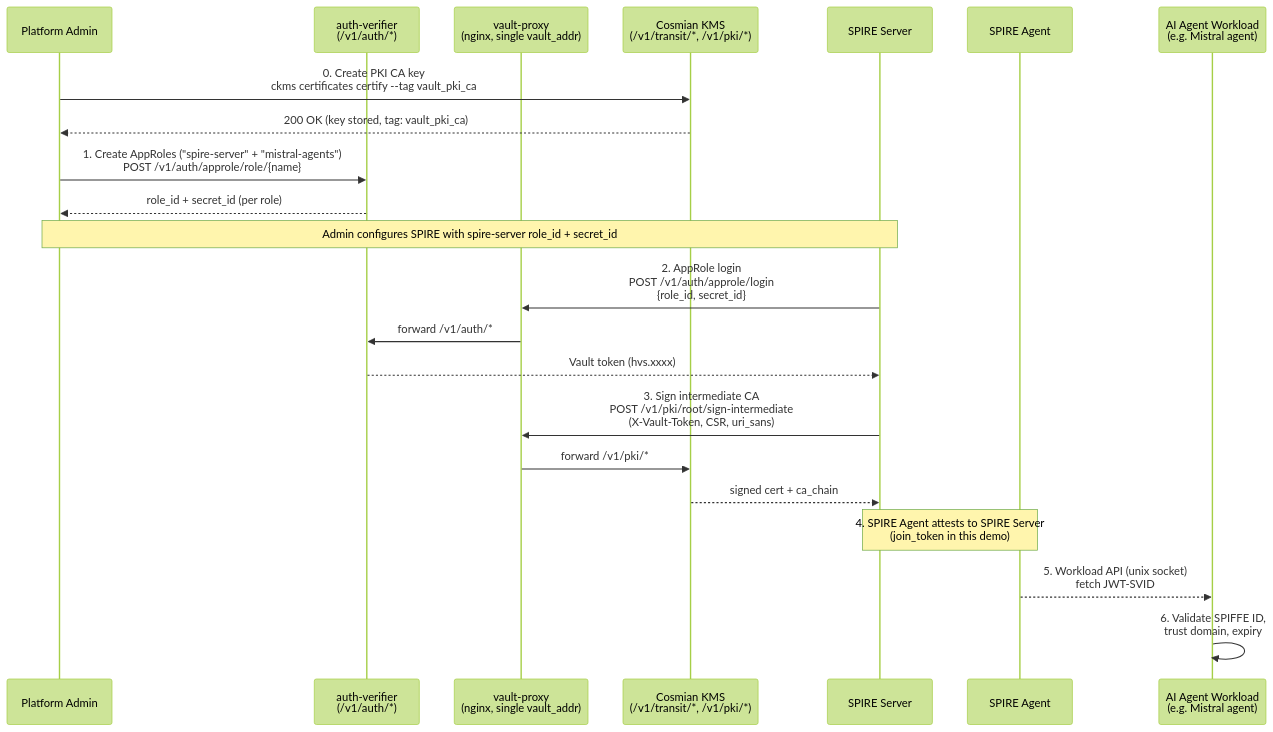
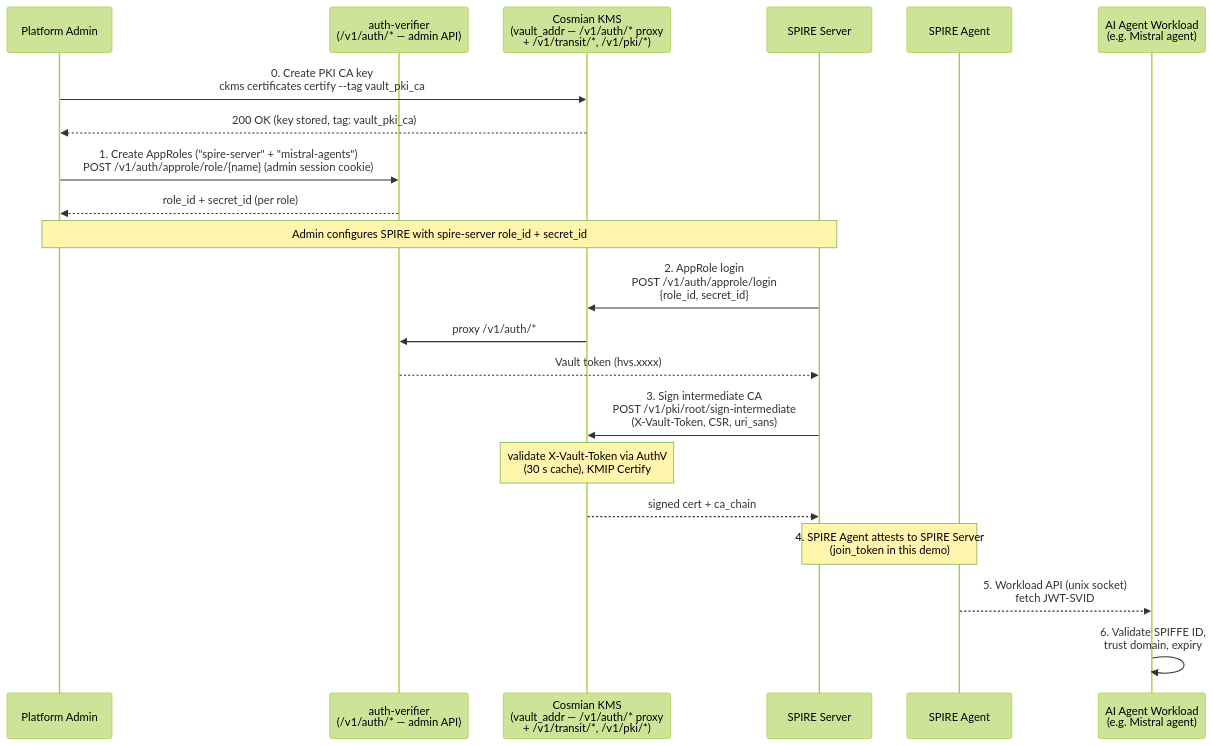
Before and after one commit to Cosmian/kms: the first of 7 diagrams in documentation/docs/integrations/spire_spiffe.md, drawn with Mermaid (forest theme). The commit also changed other lines of this file and 13 other files, not shown here.

First line of the commit message:
refactor: rename vault→spire modules, strip /v1 in auth proxy

````diff
--- a/documentation/docs/integrations/spire_spiffe.md
+++ b/documentation/docs/integrations/spire_spiffe.md
@@ -13,25 +14,24 @@
 ```mermaid
 sequenceDiagram
     participant Admin as Platform Admin
-    participant AuthV as auth-verifier<br/>(/v1/auth/*)
-    participant Proxy as vault-proxy<br/>(nginx, single vault_addr)
-    participant KMS as Cosmian KMS<br/>(/v1/transit/*, /v1/pki/*)
+    participant AuthV as auth-verifier<br/>(/v1/auth/* — admin API)
+    participant KMS as Cosmian KMS<br/>(vault_addr — /v1/auth/* proxy<br/>+ /v1/transit/*, /v1/pki/*)
     participant Server as SPIRE Server
     participant Agent as SPIRE Agent
     participant Mistral as AI Agent Workload<br/>(e.g. Mistral agent)
 
     Admin->>KMS: 0. Create PKI CA key<br/>ckms certificates certify --tag vault_pki_ca
     KMS-->>Admin: 200 OK (key stored, tag: vault_pki_ca)
-    Admin->>AuthV: 1. Create AppRoles ("spire-server" + "mistral-agents")<br/>POST /v1/auth/approle/role/{name}
+    Admin->>AuthV: 1. Create AppRoles ("spire-server" + "mistral-agents")<br/>POST /v1/auth/approle/role/{name} (admin session cookie)
     AuthV-->>Admin: role_id + secret_id (per role)
     Note over Admin,Server: Admin configures SPIRE with spire-server role_id + secret_id
-    Server->>Proxy: 2. AppRole login<br/>POST /v1/auth/approle/login<br/>{role_id, secret_id}
-    Proxy->>AuthV: forward /v1/auth/*
+    Server->>KMS: 2. AppRole login<br/>POST /v1/auth/approle/login<br/>{role_id, secret_id}
+    KMS->>AuthV: proxy /v1/auth/*
     AuthV-->>Server: Vault token (hvs.xxxx)
-    Server->>Proxy: 3. Sign intermediate CA<br/>POST /v1/pki/root/sign-intermediate<br/>(X-Vault-Token, CSR, uri_sans)
-    Proxy->>KMS: forward /v1/pki/*
+    Server->>KMS: 3. Sign intermediate CA<br/>POST /v1/pki/root/sign-intermediate<br/>(X-Vault-Token, CSR, uri_sans)
+    Note over KMS: validate X-Vault-Token via AuthV<br/>(30 s cache), KMIP Certify
     KMS-->>Server: signed cert + ca_chain
     Note over Server,Agent: 4. SPIRE Agent attests to SPIRE Server<br/>(join_token in this demo)
     Agent-->>Mistral: 5. Workload API (unix socket)<br/>fetch JWT-SVID
     Mistral->>Mistral: 6. Validate SPIFFE ID,<br/>trust domain, expiry
 ```
````
